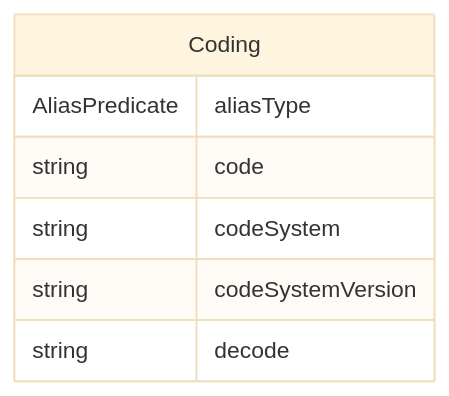
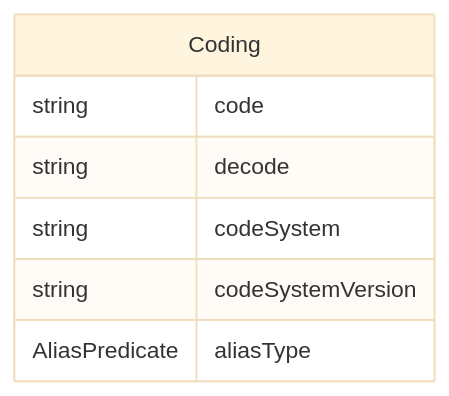
The diagram in docs/classes/Coding.md (cdisc-org/DataExchange-DDS), drawn with Mermaid (base theme) before and after one commit. The commit also changed other lines of this file and 313 other files, not shown here.

````diff
--- a/docs/classes/Coding.md
+++ b/docs/classes/Coding.md
@@ -20,13 +15,13 @@
 ```mermaid
 erDiagram
 Coding {
-    AliasPredicate aliasType  
     string code  
+    string decode  
     string codeSystem  
     string codeSystemVersion  
-    string decode  
+    AliasPredicate aliasType  
 }
 
 
 
 ```
````
